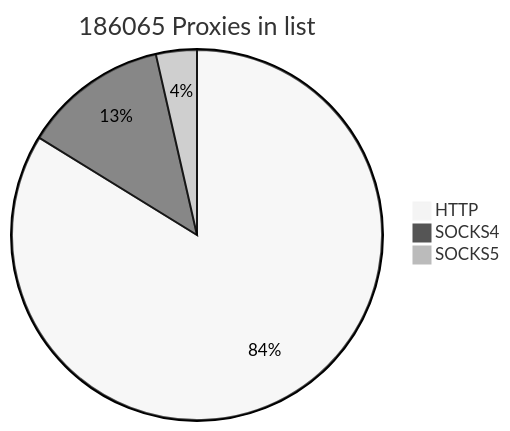
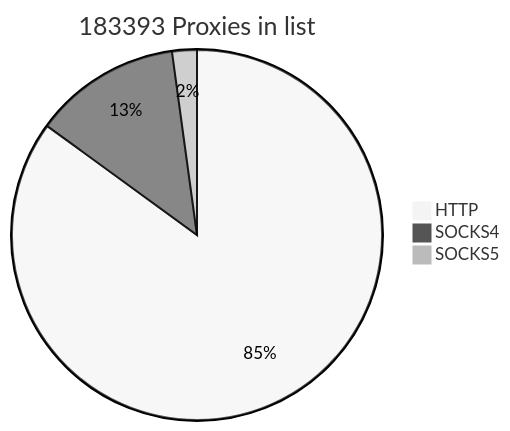
One commit to cutipu/proxylist changed the first of 2 diagrams in README.md. Above: the diagram before and after it, drawn with Mermaid (neutral theme). The commit also changed other lines of this file, not shown here.

````diff
--- a/README.md
+++ b/README.md
@@ -2,7 +2,7 @@
 ```mermaid
-pie title 186065 Proxies in list
+pie title 183393 Proxies in list
     "HTTP" : 155902
     "SOCKS4" : 23527
-    "SOCKS5" : 6636
+    "SOCKS5" : 3964
             
 ```
````
